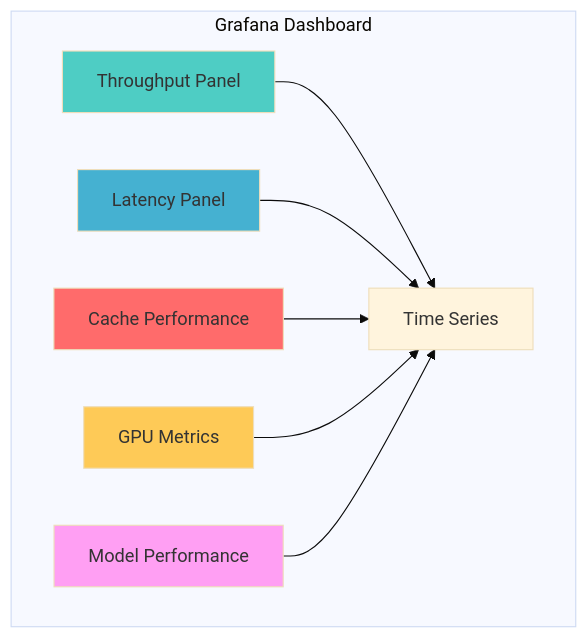
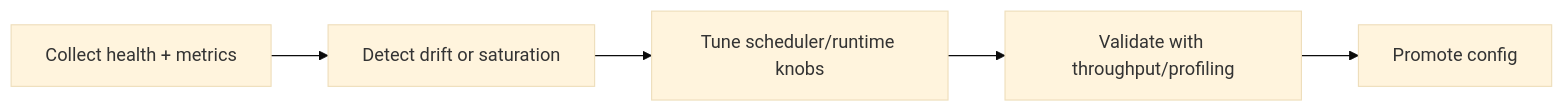
One commit to vjsingh1984/inferflux changed the first of 2 diagrams in docs/MONITORING.md. Above: the diagram before and after it, drawn with Mermaid (base theme). The commit also changed other lines of this file and 161 other files, not shown here.

````diff
--- a/docs/MONITORING.md
+++ b/docs/MONITORING.md
@@ -297,22 +5,7 @@
 ```mermaid
-graph TB
-    subgraph "Grafana Dashboard"
-        A[Throughput Panel]
-        B[Latency Panel]
-        C[Cache Performance]
-        D[GPU Metrics]
-        E[Model Performance]
-
-        A --> F[Time Series]
-        B --> F
-        C --> F
-        D --> F
-        E --> F
-    end
-
-    style A fill:#4ecdc4
-    style B fill:#45b1d1
-    style C fill:#ff6b6b
-    style D fill:#feca57
-    style E fill:#ff9ff3
+flowchart LR
+    A[Collect health + metrics] --> B[Detect drift or saturation]
+    B --> C[Tune scheduler/runtime knobs]
+    C --> D[Validate with throughput/profiling]
+    D --> E[Promote config]
 ```
````
